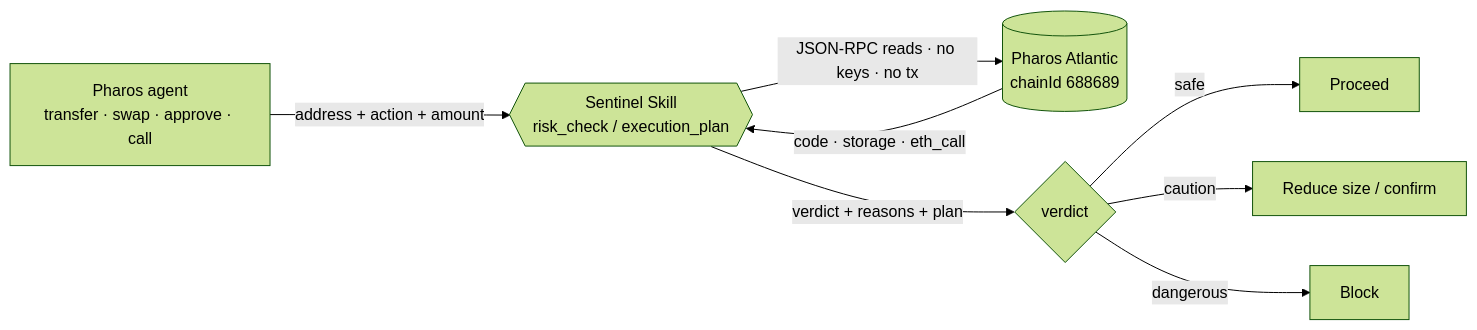
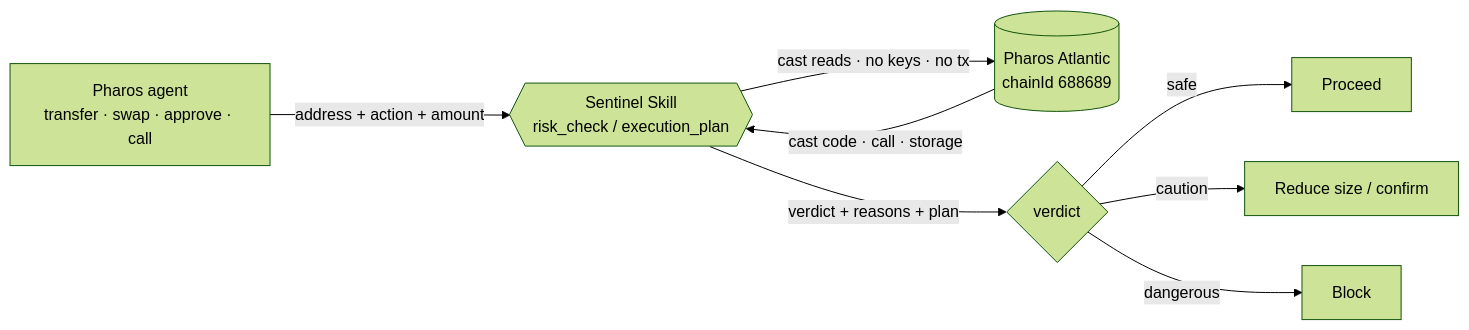
One commit to mattcrypted/pharos-sentinel changed the first of 3 diagrams in README.md. Above: the diagram before and after it, drawn with Mermaid (forest theme). The commit also changed other lines of this file and 9 other files, not shown here.

First line of the commit message:
Execute Sentinel's on-chain reads through Foundry cast

````diff
--- a/README.md
+++ b/README.md
@@ -51,10 +52,10 @@
 ```mermaid
 flowchart LR
     A["Pharos agent<br/>transfer · swap · approve · call"] -->|"address + action + amount"| S{{"Sentinel Skill<br/>risk_check / execution_plan"}}
-    S -->|"JSON-RPC reads · no keys · no tx"| C[("Pharos Atlantic<br/>chainId 688689")]
-    C -->|"code · storage · eth_call"| S
+    S -->|"cast reads · no keys · no tx"| C[("Pharos Atlantic<br/>chainId 688689")]
+    C -->|"cast code · call · storage"| S
     S -->|"verdict + reasons + plan"| D{verdict}
     D -->|safe| P["Proceed"]
     D -->|caution| R["Reduce size / confirm"]
     D -->|dangerous| B["Block"]
 ```
````
